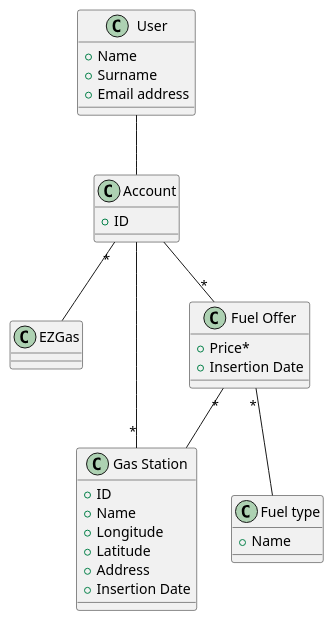
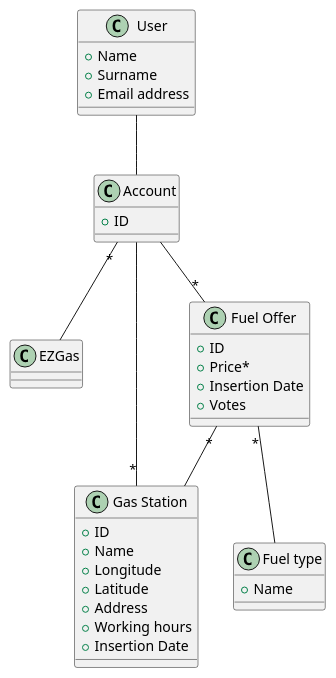
The third of 3 diagrams in REQ_s269095.md (SoftengPoliTo/Lab2), drawn with PlantUML before and after one commit. The commit also changed other lines of this file, not shown here.

````diff
--- a/REQ_s269095.md
+++ b/REQ_s269095.md
@@ -180,38 +196,41 @@
 ```plantuml
 class EZGas {}
 
 class "Gas Station" as GS {
     + ID
     + Name
     + Longitude
     + Latitude
     + Address
+    + Working hours
     + Insertion Date
 }
 
 class User {
     + Name 
     + Surname
     + Email address
 }
 
 class Account {
     + ID
 }
 
 class "Fuel type" as Ft{
     + Name
 }
 
 class "Fuel Offer" as FO {
+    + ID
     + Price*
     + Insertion Date
+    + Votes
 }
 
 User -- Account
 Account -- "*" GS
 Account "*" -- EZGas
 Account -- "*" FO
 FO "*" -- Ft
 FO "*" -- GS
 ```
````
